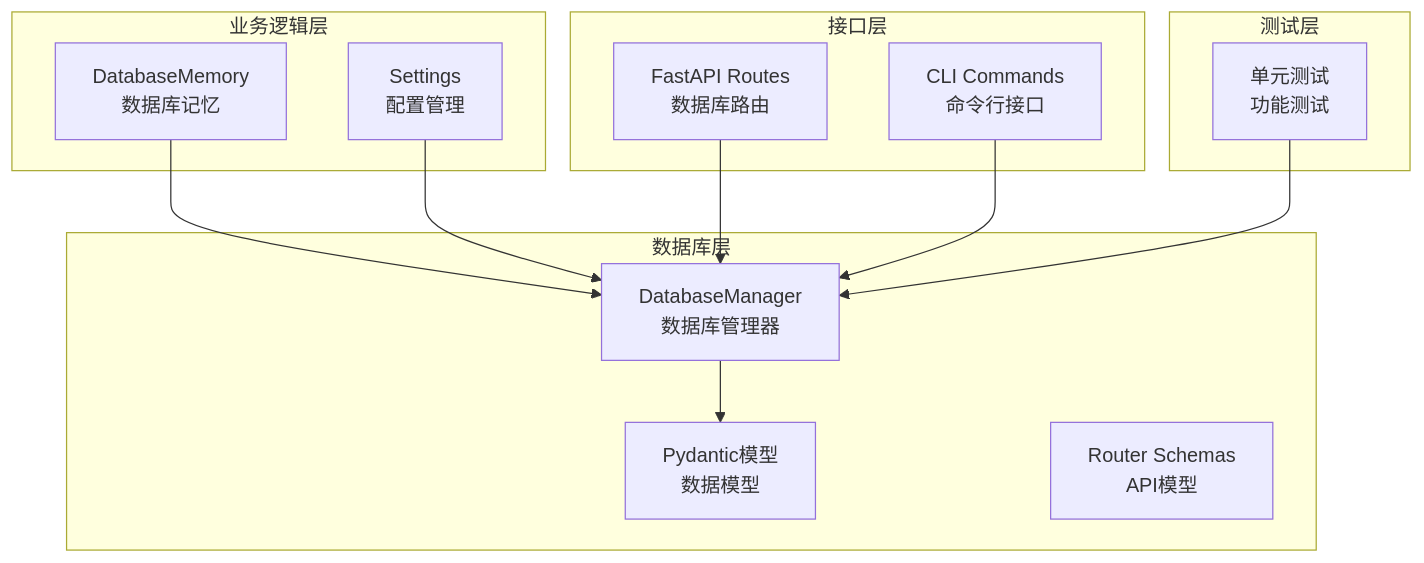
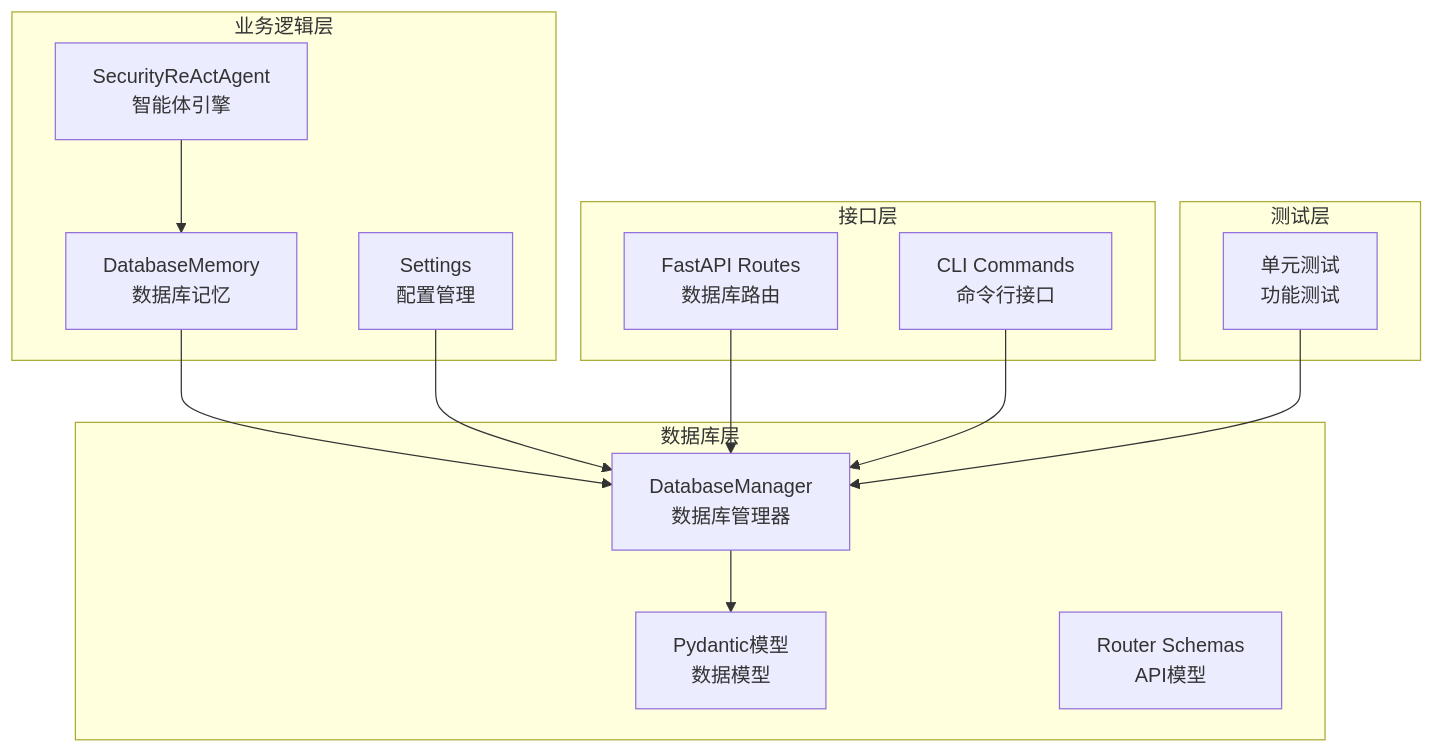
The first of 9 diagrams in .qoder/repowiki/zh/content/Database Models.md (iammm0/secbot), drawn with Mermaid before and after one commit. The commit also changed other lines of this file and 10 other files, not shown here.

````diff
--- a/.qoder/repowiki/zh/content/Database Models.md
+++ b/.qoder/repowiki/zh/content/Database Models.md
@@ -39,25 +51,27 @@
 ```mermaid
 graph TB
 subgraph "数据库层"
 DM[DatabaseManager<br/>数据库管理器]
 Models[Pydantic模型<br/>数据模型]
 Schemas[Router Schemas<br/>API模型]
 end
 subgraph "业务逻辑层"
 Memory[DatabaseMemory<br/>数据库记忆]
 Config[Settings<br/>配置管理]
+SecurityReAct[SecurityReActAgent<br/>智能体引擎]
 end
 subgraph "接口层"
 API[FastAPI Routes<br/>数据库路由]
 CLI[CLI Commands<br/>命令行接口]
 end
 subgraph "测试层"
 Tests[单元测试<br/>功能测试]
 end
 DM --> Models
 Memory --> DM
+SecurityReAct --> Memory
 Config --> DM
 API --> DM
 CLI --> DM
 Tests --> DM
 ```
````
